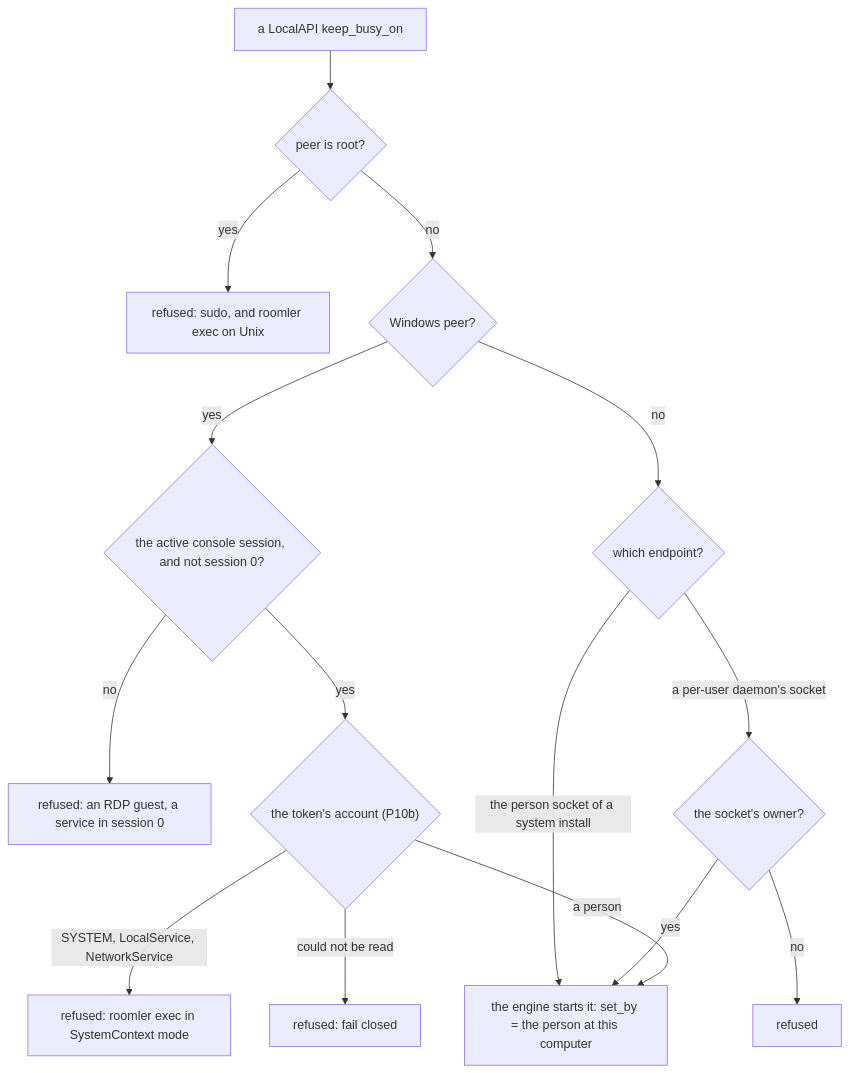
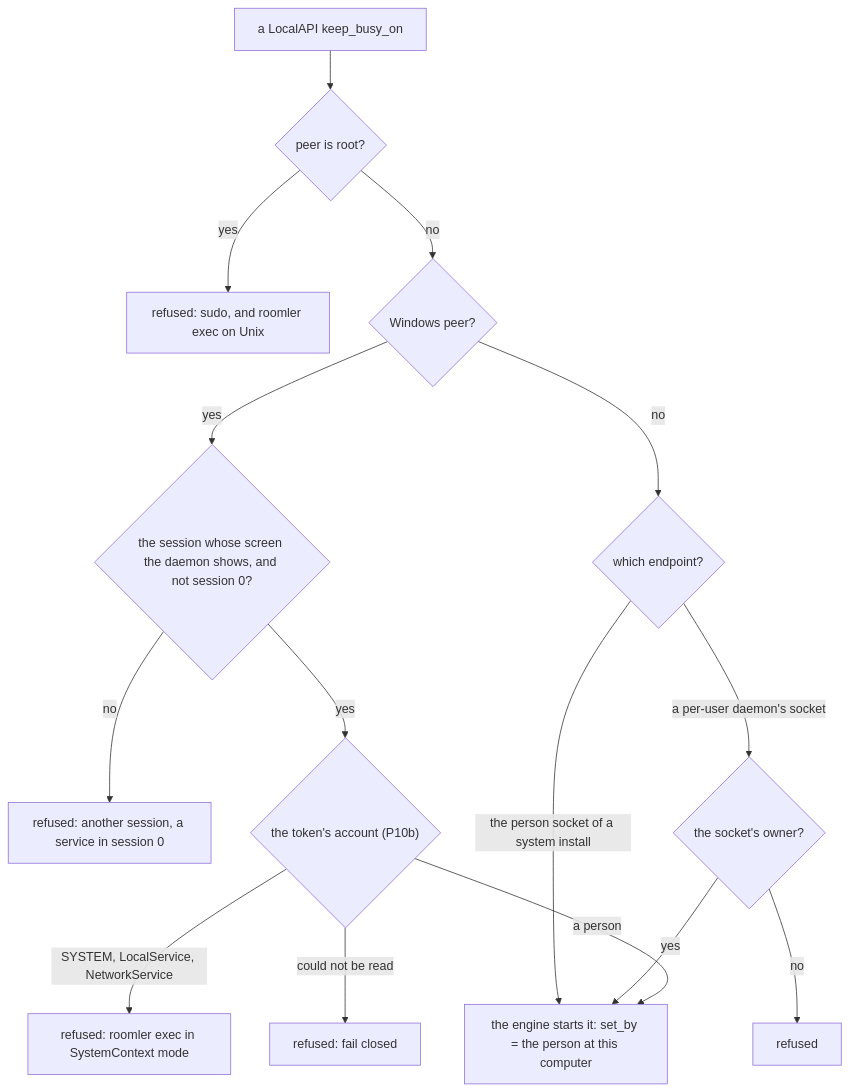
One commit to gjovanov/roomler-ai changed the fifth of 7 diagrams in docs/keep-busy.md. Above: the diagram before and after it, drawn with Mermaid. The commit also changed other lines of this file and 7 other files, not shown here.

First line of the commit message:
docs: the console person's gates on Windows follow the screen the daemon shows

````diff
--- a/docs/keep-busy.md
+++ b/docs/keep-busy.md
@@ -403,17 +405,17 @@
 ```mermaid
 flowchart TD
   P[a LocalAPI keep_busy_on] --> R{peer is root?}
   R -- yes --> X[refused: sudo, and roomler exec on Unix]
   R -- no --> W{Windows peer?}
-  W -- yes --> S{the active console session, and not session 0?}
-  S -- no --> X2[refused: an RDP guest, a service in session 0]
+  W -- yes --> S{the session whose screen the daemon shows, and not session 0?}
+  S -- no --> X2[refused: another session, a service in session 0]
   S -- yes --> A{"the token's account (P10b)"}
   A -- "a person" --> OK[the engine starts it: set_by = the person at this computer]
   A -- "SYSTEM, LocalService, NetworkService" --> X4[refused: roomler exec in SystemContext mode]
   A -- "could not be read" --> X5[refused: fail closed]
   W -- no --> E{which endpoint?}
   E -- a per-user daemon's socket --> O{the socket's owner?}
   O -- yes --> OK
   O -- no --> X3[refused]
   E -- the person socket of a system install --> OK
 ```
````
